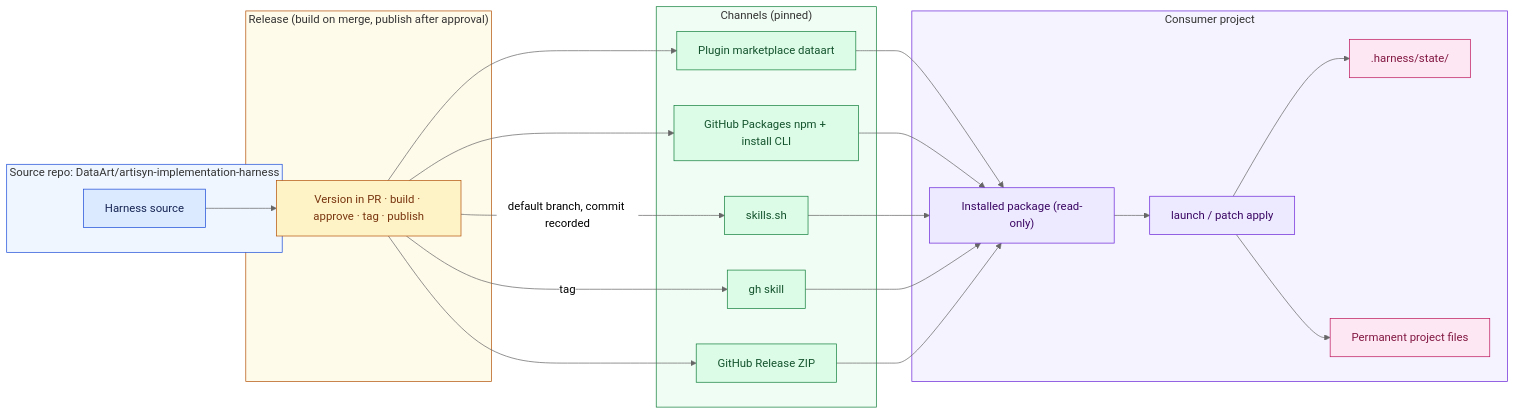
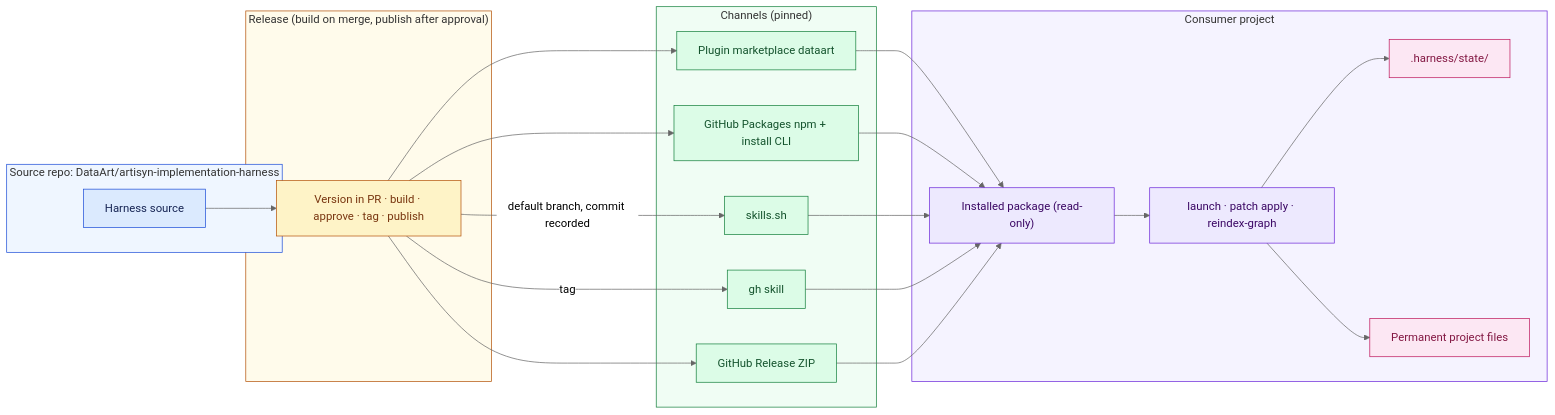
One commit to DataArt/artisyn-implementation-harness changed the diagram in docs/Harness/09 Distribution/index.md. Above: the diagram before and after it, drawn with Mermaid (neutral theme). The commit also changed other lines of this file and 15 other files, not shown here.

````diff
--- a/docs/Harness/09 Distribution/index.md
+++ b/docs/Harness/09 Distribution/index.md
@@ -27,55 +27,55 @@
 ```mermaid
 flowchart LR
     subgraph REPO["Source repo: DataArt/artisyn-implementation-harness"]
         SRC["Harness source"]
     end
 
     subgraph PIPE["Release (build on merge, publish after approval)"]
         REL["Version in PR · build · approve · tag · publish"]
     end
 
     subgraph CH["Channels (pinned)"]
         C1["Plugin marketplace dataart"]
         C2["GitHub Packages npm + install CLI"]
         C3["skills.sh"]
         C4["gh skill"]
         C5["GitHub Release ZIP"]
     end
 
     subgraph CONS["Consumer project"]
         PKG["Installed package (read-only)"]
-        L["launch / patch apply"]
+        L["launch · patch apply · reindex-graph"]
         ST[".harness/state/"]
         PF["Permanent project files"]
     end
 
     SRC --> REL
     REL --> C1
     REL --> C2
     REL -->|"default branch, commit recorded"| C3
     REL -->|"tag"| C4
     REL --> C5
     C1 --> PKG
     C2 --> PKG
     C3 --> PKG
     C4 --> PKG
     C5 --> PKG
     PKG --> L
     L --> ST
     L --> PF
 
     classDef source fill:#dbeafe,stroke:#1d4ed8,color:#172554
     classDef pipeline fill:#fef3c7,stroke:#b45309,color:#78350f
     classDef channel fill:#dcfce7,stroke:#15803d,color:#14532d
     classDef consumer fill:#ede9fe,stroke:#6d28d9,color:#3b0764
     classDef state fill:#fce7f3,stroke:#be185d,color:#831843
     class SRC source
     class REL pipeline
     class C1,C2,C3,C4,C5 channel
     class PKG,L consumer
     class ST,PF state
     style REPO fill:#eff6ff,stroke:#1d4ed8
     style PIPE fill:#fffbeb,stroke:#b45309
     style CH fill:#f0fdf4,stroke:#15803d
     style CONS fill:#f5f3ff,stroke:#6d28d9
 ```
````
